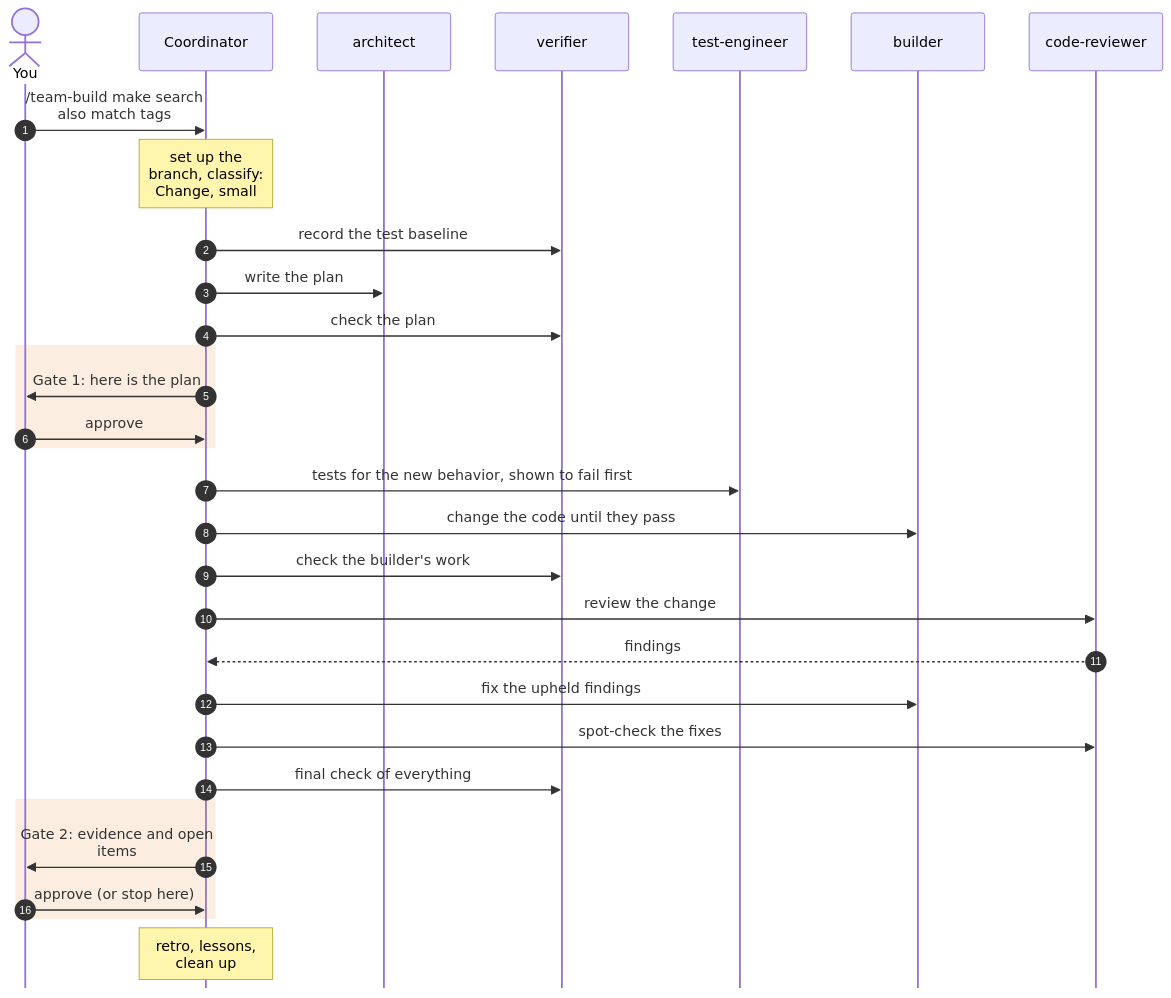
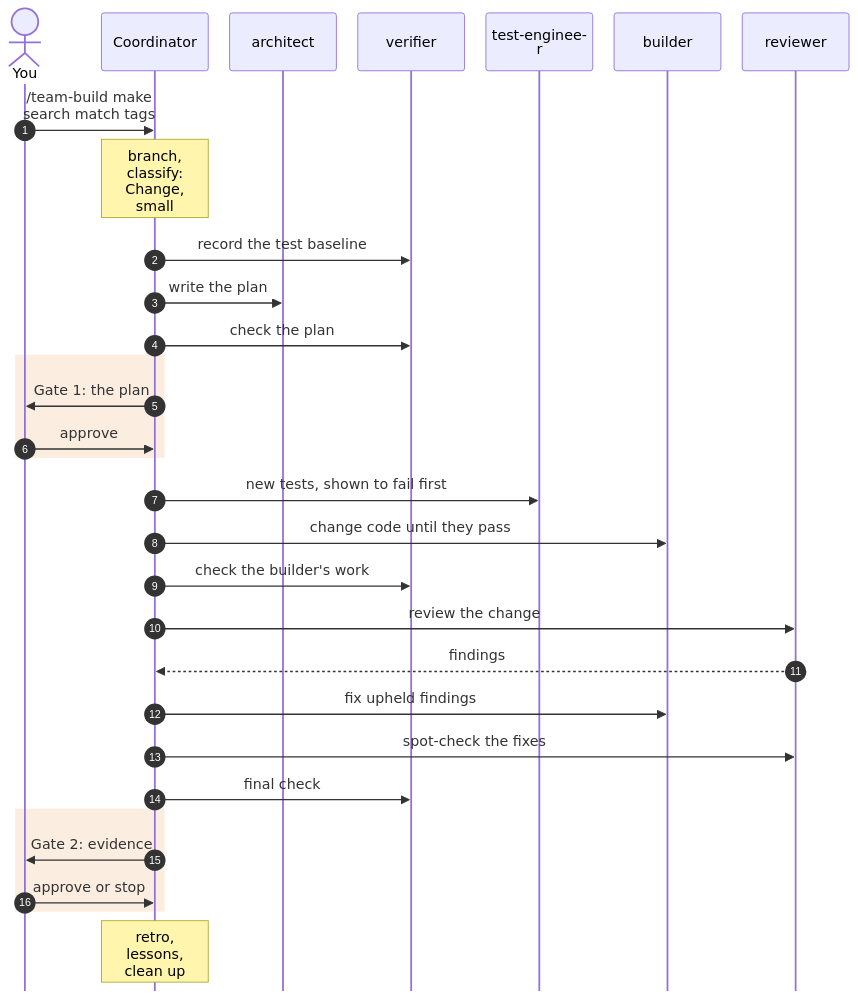
One commit to suryas91/claude-skills changed the second of 2 diagrams in docs/how-it-works.md. Above: the diagram before and after it, drawn with Mermaid. The commit also changed other lines of this file and 19 other files, not shown here.

First line of the commit message:
Docs review round 2: complete undo, accurate history, installer robustness, cleaner diagrams

````diff
--- a/docs/how-it-works.md
+++ b/docs/how-it-works.md
@@ -97,34 +102,34 @@
 ```mermaid
-%%{init: {'sequence': {'mirrorActors': false, 'wrap': true}}}%%
+%%{init: {'sequence': {'mirrorActors': false, 'wrap': true, 'actorMargin': 24, 'width': 120, 'noteMargin': 6}}}%%
 sequenceDiagram
     autonumber
     actor You
     participant C as Coordinator
     participant A as architect
     participant V as verifier
     participant T as test-engineer
     participant B as builder
-    participant R as code-reviewer
-    You->>C: /team-build make search also match tags
-    Note over C: set up the branch, classify: Change, small
+    participant R as reviewer
+    You->>C: /team-build make search match tags
+    Note over C: branch, classify: Change, small
     C->>V: record the test baseline
     C->>A: write the plan
     C->>V: check the plan
     rect rgba(217, 119, 6, 0.12)
-    C->>You: Gate 1: here is the plan
+    C->>You: Gate 1: the plan
     You->>C: approve
     end
-    C->>T: tests for the new behavior, shown to fail first
-    C->>B: change the code until they pass
+    C->>T: new tests, shown to fail first
+    C->>B: change code until they pass
     C->>V: check the builder's work
     C->>R: review the change
     R-->>C: findings
-    C->>B: fix the upheld findings
+    C->>B: fix upheld findings
     C->>R: spot-check the fixes
-    C->>V: final check of everything
+    C->>V: final check
     rect rgba(217, 119, 6, 0.12)
-    C->>You: Gate 2: evidence and open items
-    You->>C: approve (or stop here)
+    C->>You: Gate 2: evidence
+    You->>C: approve or stop
     end
     Note over C: retro, lessons, clean up
 ```
````
